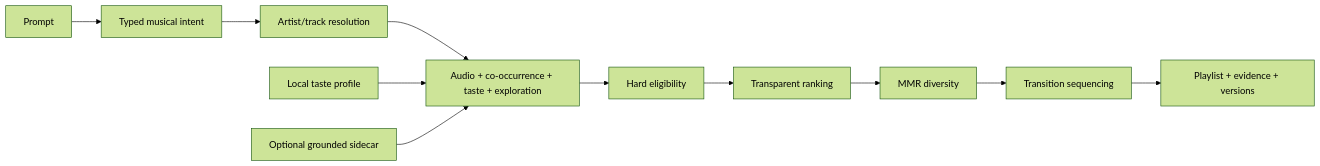
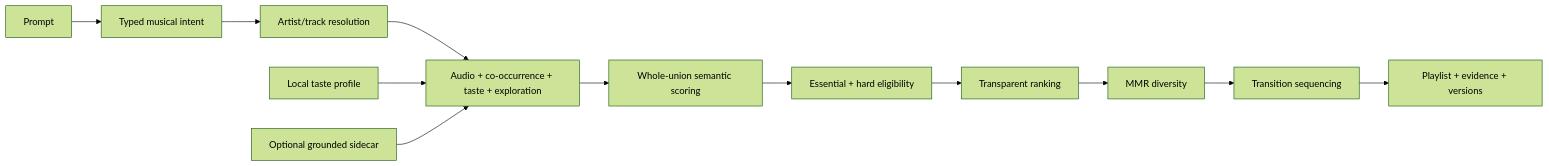
One commit to platten/playlistai changed the diagram in README.md. Above: the diagram before and after it, drawn with Mermaid (forest theme). The commit also changed other lines of this file and 48 other files, not shown here.

````diff
--- a/README.md
+++ b/README.md
@@ -25,13 +25,14 @@
 ```mermaid
 flowchart LR
     Prompt --> Intent[Typed musical intent]
     Intent --> Resolve[Artist/track resolution]
     Resolve --> Retrieve[Audio + co-occurrence + taste + exploration]
     Profile[Local taste profile] --> Retrieve
     Semantic[Optional grounded sidecar] --> Retrieve
-    Retrieve --> Rules[Hard eligibility]
+    Retrieve --> Score[Whole-union semantic scoring]
+    Score --> Rules[Essential + hard eligibility]
     Rules --> Rank[Transparent ranking]
     Rank --> Select[MMR diversity]
     Select --> Order[Transition sequencing]
     Order --> Playlist[Playlist + evidence + versions]
 ```
````
